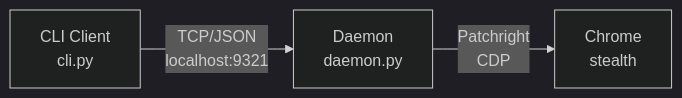
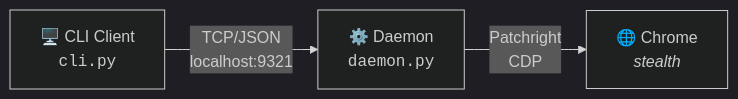
The diagram in README.md (AhaiMk01/patchright-cli), drawn with Mermaid (dark theme) before and after one commit. The commit also changed other lines of this file, not shown here.

````diff
--- a/README.md
+++ b/README.md
@@ -107,5 +112,5 @@
 ```mermaid
 graph LR
-    A[CLI Client<br/>cli.py] -->|TCP/JSON<br/>localhost:9321| B[Daemon<br/>daemon.py]
-    B -->|Patchright<br/>CDP| C[Chrome<br/>stealth]
+    A["🖥️ CLI Client<br/><code>cli.py</code>"] -->|"TCP/JSON<br/>localhost:9321"| B["⚙️ Daemon<br/><code>daemon.py</code>"]
+    B -->|"Patchright<br/>CDP"| C["🌐 Chrome<br/><i>stealth</i>"]
 ```
````
